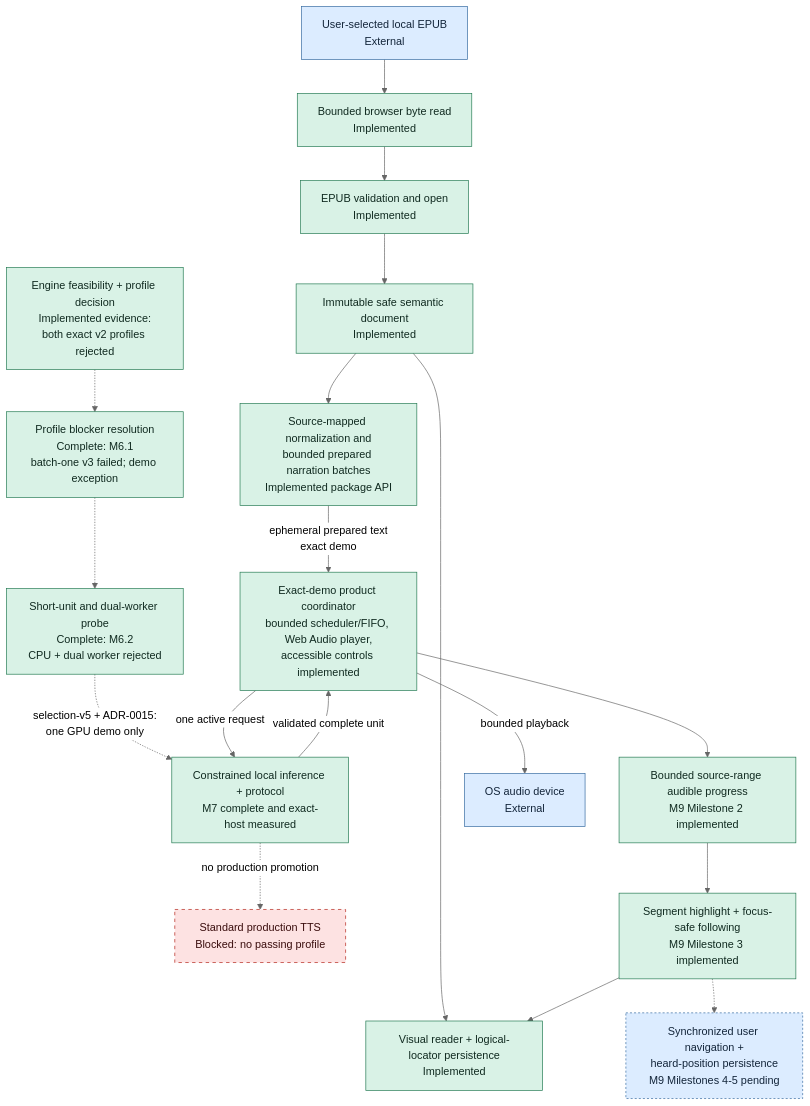
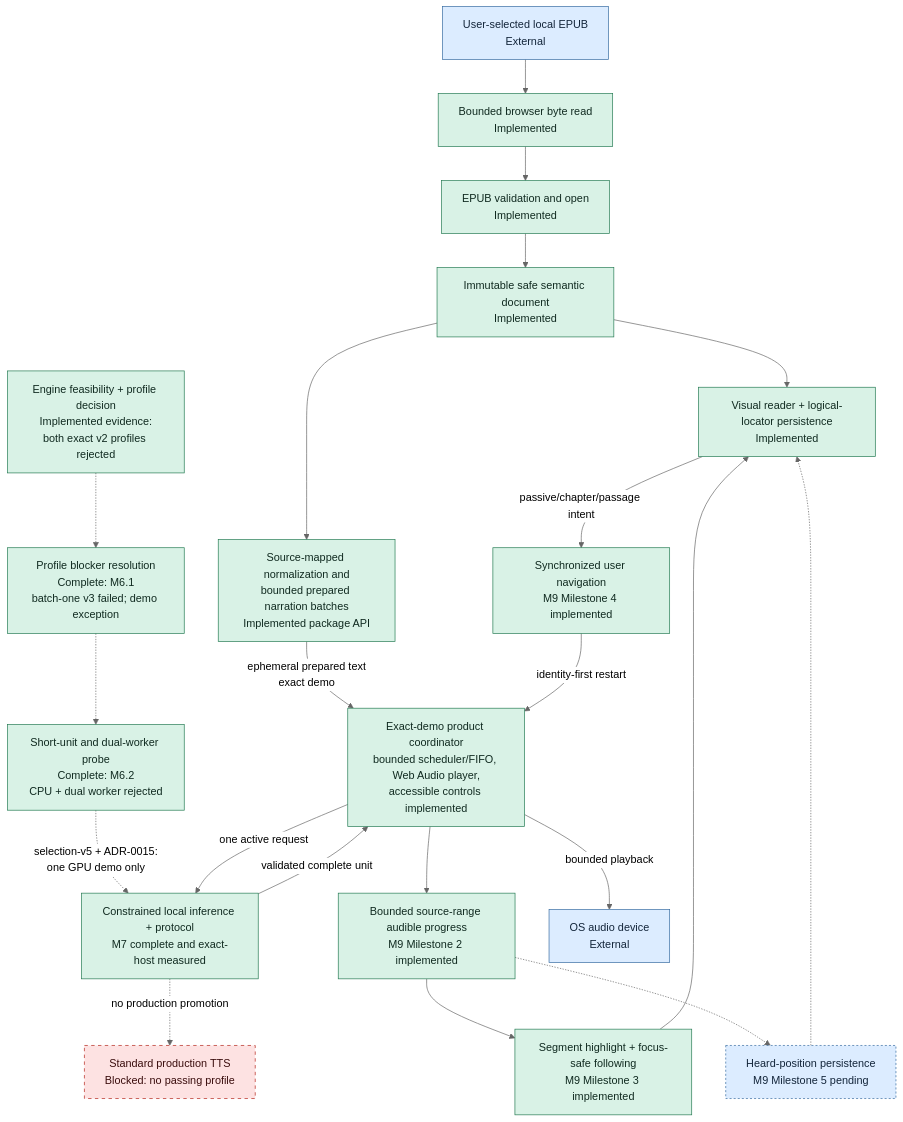
One commit to mmjosedaniel/voxleaf changed the second of 2 diagrams in docs/architecture/system-diagram.md. Above: the diagram before and after it, drawn with Mermaid (neutral theme). The commit also changed other lines of this file and 18 other files, not shown here.

First line of the commit message:
feat: integrate synchronized user navigation (#131)

````diff
--- a/docs/architecture/system-diagram.md
+++ b/docs/architecture/system-diagram.md
@@ -139,41 +148,45 @@
 ```mermaid
 flowchart TD
     classDef implemented fill:#d9f2e6,stroke:#247a52,color:#102a20
     classDef progress fill:#dcecff,stroke:#356aa0,color:#13253a,stroke-dasharray: 3 3
     classDef planned fill:#fff0c7,stroke:#9a6b00,color:#332400,stroke-dasharray: 5 5
     classDef blocked fill:#fde2e2,stroke:#b42318,color:#3a0d0d,stroke-dasharray: 5 5
     classDef deferred fill:#eceff3,stroke:#667085,color:#20242a,stroke-dasharray: 5 5
     classDef external fill:#dcecff,stroke:#356aa0,color:#13253a
 
     FILE["User-selected local EPUB<br/>External"]:::external
     READ["Bounded browser byte read<br/>Implemented"]:::implemented
     OPEN["EPUB validation and open<br/>Implemented"]:::implemented
     SAFE["Immutable safe semantic document<br/>Implemented"]:::implemented
     VISUAL["Visual reader + logical-locator persistence<br/>Implemented"]:::implemented
     PREP["Source-mapped normalization and<br/>bounded prepared narration batches<br/>Implemented package API"]:::implemented
     PROFILE["Engine feasibility + profile decision<br/>Implemented evidence:<br/>both exact v2 profiles rejected"]:::implemented
     NEXT_PROFILE["Profile blocker resolution<br/>Complete: M6.1<br/>batch-one v3 failed; demo exception"]:::implemented
     BATCH_PROBE["Short-unit and dual-worker probe<br/>Complete: M6.2<br/>CPU + dual worker rejected"]:::implemented
     INFER["Constrained local inference + protocol<br/>M7 complete and exact-host measured"]:::implemented
     PROD["Standard production TTS<br/>Blocked: no passing profile"]:::blocked
     BUFFER["Exact-demo product coordinator<br/>bounded scheduler/FIFO, Web Audio player,<br/>accessible controls implemented"]:::implemented
     AUDIBLE["Bounded source-range audible progress<br/>M9 Milestone 2 implemented"]:::implemented
     FOLLOW["Segment highlight + focus-safe following<br/>M9 Milestone 3 implemented"]:::implemented
-    INTERACTION["Synchronized user navigation +<br/>heard-position persistence<br/>M9 Milestones 4-5 pending"]:::progress
+    INTERACTION["Synchronized user navigation<br/>M9 Milestone 4 implemented"]:::implemented
+    HEARD["Heard-position persistence<br/>M9 Milestone 5 pending"]:::progress
     DEVICE["OS audio device<br/>External"]:::external
 
     FILE --> READ --> OPEN --> SAFE --> VISUAL
     SAFE --> PREP
     PREP -->|"ephemeral prepared text<br/>exact demo"| BUFFER
     PROFILE -.-> NEXT_PROFILE
     NEXT_PROFILE -.-> BATCH_PROBE
     BATCH_PROBE -.->|"selection-v5 + ADR-0015:<br/>one GPU demo only"| INFER
     INFER -.->|"no production promotion"| PROD
     BUFFER -->|"one active request"| INFER
     INFER -->|"validated complete unit"| BUFFER
     BUFFER --> AUDIBLE
     AUDIBLE --> FOLLOW
     FOLLOW --> VISUAL
-    FOLLOW -.-> INTERACTION
+    VISUAL -->|"passive/chapter/passage intent"| INTERACTION
+    INTERACTION -->|"identity-first restart"| BUFFER
+    AUDIBLE -.-> HEARD
+    HEARD -.-> VISUAL
     BUFFER -->|"bounded playback"| DEVICE
 ```
````
